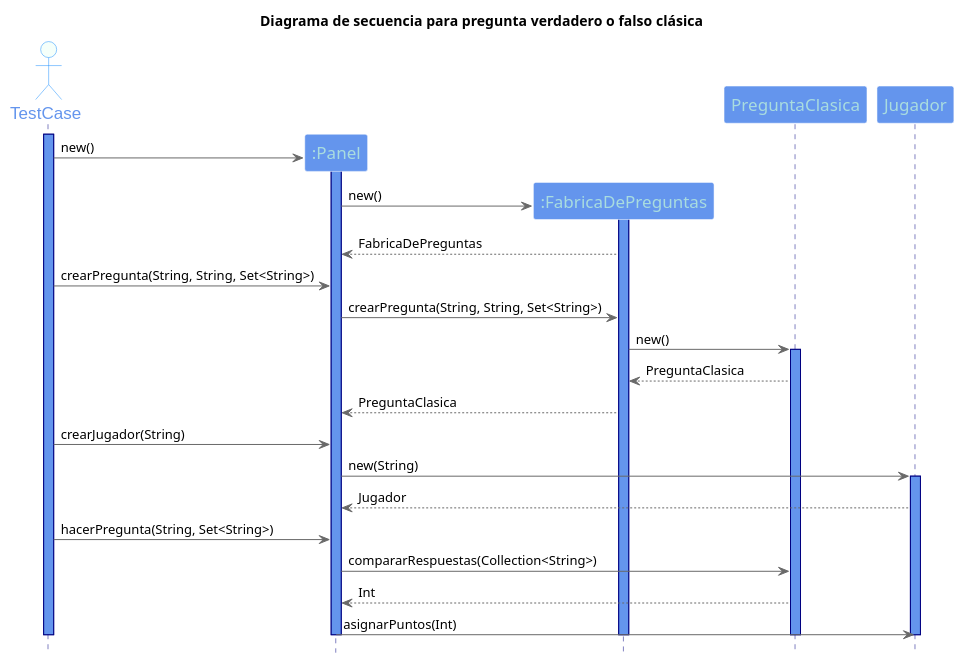
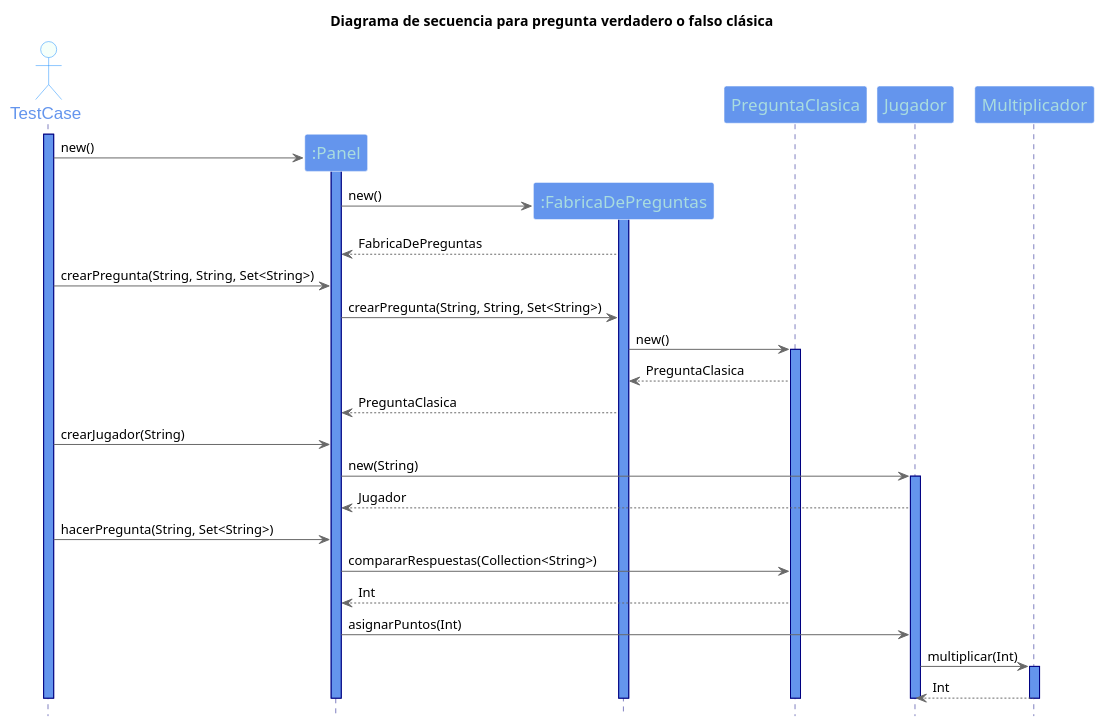
Before and after one commit to fvazquezf/TP_2_Algo_3: the diagram in UML/Diagramas de secuencia/PreguntaClasica.puml, drawn with PlantUML. The commit also changed 2 other files, not shown here.

```diff
--- a/UML/Diagramas de secuencia/PreguntaClasica.puml
+++ b/UML/Diagramas de secuencia/PreguntaClasica.puml
@@ -1,64 +1,68 @@
 @startuml TP2
 
 title Diagrama de secuencia para pregunta verdadero o falso clásica
 
 hide footbox
 skinparam backgroundColor white
 
 skinparam sequence {
 ArrowColor DimGray
 ActorBorderColor DodgerBlue
 LifeLineBorderColor Navy
 LifeLineBackgroundColor CornflowerBlue
 ParticipantBorderColor LighSlateGray
 ParticipantBackgroundColor CornflowerBlue
 ParticipantFontName Impact
 ParticipantFontSize 17
 ParticipantFontColor #A9DCDF
 ActorBackgroundColor mintCream
 ActorFontColor CornflowerBlue
 ActorFontSize 17
 ActorFontName Aapex
 }
 
 actor TestCase
 activate TestCase
 
 participant ":Panel" as Panel
 create Panel
 TestCase -> Panel : new()
 activate Panel
 
 participant ":FabricaDePreguntas" as FabricaDePreguntas
 create FabricaDePreguntas
 Panel -> FabricaDePreguntas :  new()
 activate FabricaDePreguntas
 FabricaDePreguntas --> Panel : FabricaDePreguntas
 
 TestCase -> Panel : crearPregunta(String, String, Set<String>)
 
 Panel -> FabricaDePreguntas : crearPregunta(String, String, Set<String>)
 
 FabricaDePreguntas -> PreguntaClasica: new()
 activate PreguntaClasica
 PreguntaClasica --> FabricaDePreguntas: PreguntaClasica
 FabricaDePreguntas --> Panel: PreguntaClasica
 
 TestCase -> Panel: crearJugador(String)
 Panel -> Jugador: new(String)
 activate Jugador
 Jugador --> Panel: Jugador
 
 TestCase -> Panel: hacerPregunta(String, Set<String>)
 Panel -> PreguntaClasica: compararRespuestas(Collection<String>)
 PreguntaClasica --> Panel: Int
 Panel -> Jugador: asignarPuntos(Int)
+Jugador -> Multiplicador: multiplicar(Int)
+activate Multiplicador
+Multiplicador --> Jugador: Int
 
+deactivate Multiplicador
 
 deactivate PreguntaClasica
 deactivate Jugador
 deactivate FabricaDePreguntas
 deactivate Panel
 deactivate TestCase
 
 @enduml
```
